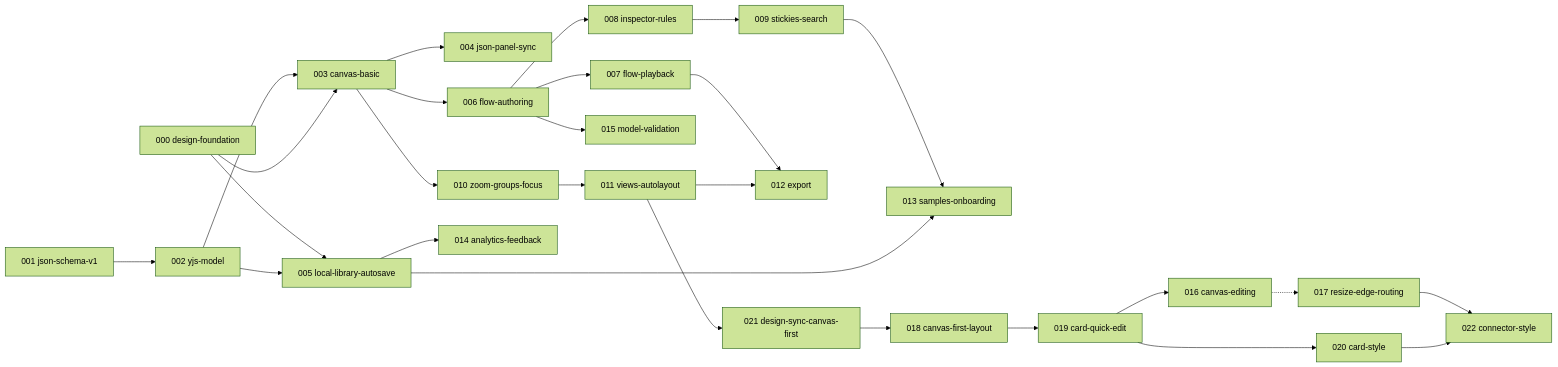
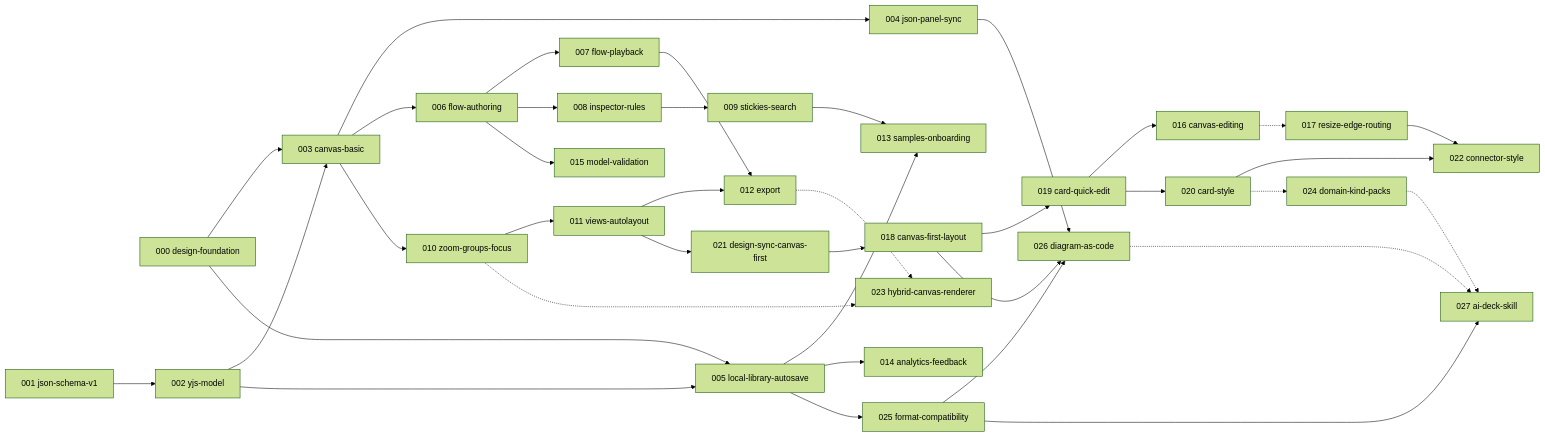
One commit to FamManh/sododeck changed the diagram in docs/backlog.md. Above: the diagram before and after it, drawn with Mermaid (forest theme). The commit also changed other lines of this file and 3 other files, not shown here.

First line of the commit message:
docs: plan 023–027 (renderer, kind packs, format compatibility, diagram-as-code, AI skill)

````diff
--- a/docs/backlog.md
+++ b/docs/backlog.md
@@ -59,47 +59,62 @@
 ```mermaid
 flowchart LR
   F000[000 design-foundation]
   F001[001 json-schema-v1]
   F002[002 yjs-model]
   F003[003 canvas-basic]
   F004[004 json-panel-sync]
   F005[005 local-library-autosave]
   F006[006 flow-authoring]
   F007[007 flow-playback]
   F008[008 inspector-rules]
   F015[015 model-validation]
   F009[009 stickies-search]
   F010[010 zoom-groups-focus]
   F011[011 views-autolayout]
   F012[012 export]
   F013[013 samples-onboarding]
   F014[014 analytics-feedback]
   F016[016 canvas-editing]
   F017[017 resize-edge-routing]
   F018[018 canvas-first-layout]
   F019[019 card-quick-edit]
   F020[020 card-style]
   F021[021 design-sync-canvas-first]
   F022[022 connector-style]
+  F023[023 hybrid-canvas-renderer]
+  F024[024 domain-kind-packs]
+  F025[025 format-compatibility]
+  F026[026 diagram-as-code]
+  F027[027 ai-deck-skill]
 
   F001 --> F002 --> F003
   F000 --> F003
   F000 --> F005
   F002 --> F005
   F003 --> F004
   F003 --> F006 --> F007
   F006 --> F008 --> F009
   F006 --> F015
   F003 --> F010 --> F011
   F007 --> F012
   F011 --> F012
   F009 --> F013
   F005 --> F013
   F005 --> F014
   F011 --> F021 --> F018 --> F019
   F019 --> F016
   F016 -.-> F017
   F019 --> F020
   F017 --> F022
   F020 --> F022
+  F012 -.-> F023
+  F010 -.-> F023
+  F020 -.-> F024
+  F005 --> F025
+  F004 --> F026
+  F018 --> F026
+  F025 --> F026
+  F025 --> F027
+  F024 -.-> F027
+  F026 -.-> F027
 ```
````
